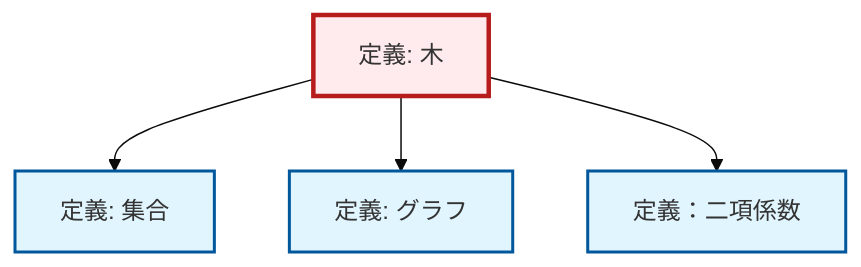
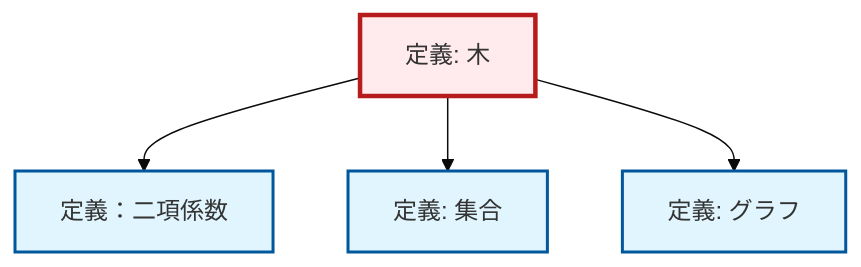
One commit to RK0429/ModernMath changed the diagram in content/ja/combinatorics/def-tree.qmd. Above: the diagram before and after it, drawn with Mermaid (base theme). The commit also changed 672 other files, not shown here.

````diff
--- a/content/ja/combinatorics/def-tree.qmd
+++ b/content/ja/combinatorics/def-tree.qmd
@@ -137,20 +137,20 @@
 ```{mermaid}
-%%| fig-cap: "Local dependency graph"
+%%| fig-cap: "ローカル依存関係グラフ"
 graph TD
     classDef definition fill:#e1f5fe,stroke:#01579b,stroke-width:2px
     classDef theorem fill:#f3e5f5,stroke:#4a148c,stroke-width:2px
     classDef axiom fill:#fff3e0,stroke:#e65100,stroke-width:2px
     classDef example fill:#e8f5e9,stroke:#1b5e20,stroke-width:2px
     classDef current fill:#ffebee,stroke:#b71c1c,stroke-width:3px
+    def-set["定義: 集合"]:::definition
+    def-tree["定義: 木"]:::definition
     def-binomial-coefficient["定義：二項係数"]:::definition
     def-graph["定義: グラフ"]:::definition
-    def-tree["定義: 木"]:::definition
-    def-set["定義: 集合"]:::definition
+    def-tree --> def-binomial-coefficient
     def-tree --> def-set
     def-tree --> def-graph
-    def-tree --> def-binomial-coefficient
     class def-tree current
+    click def-set "def-set.html" "集合の定義へ"
     click def-binomial-coefficient "def-binomial-coefficient.html" "定義：二項係数へ"
     click def-graph "def-graph.html" "グラフの定義へ"
-    click def-set "def-set.html" "集合の定義へ"
 ```
````
